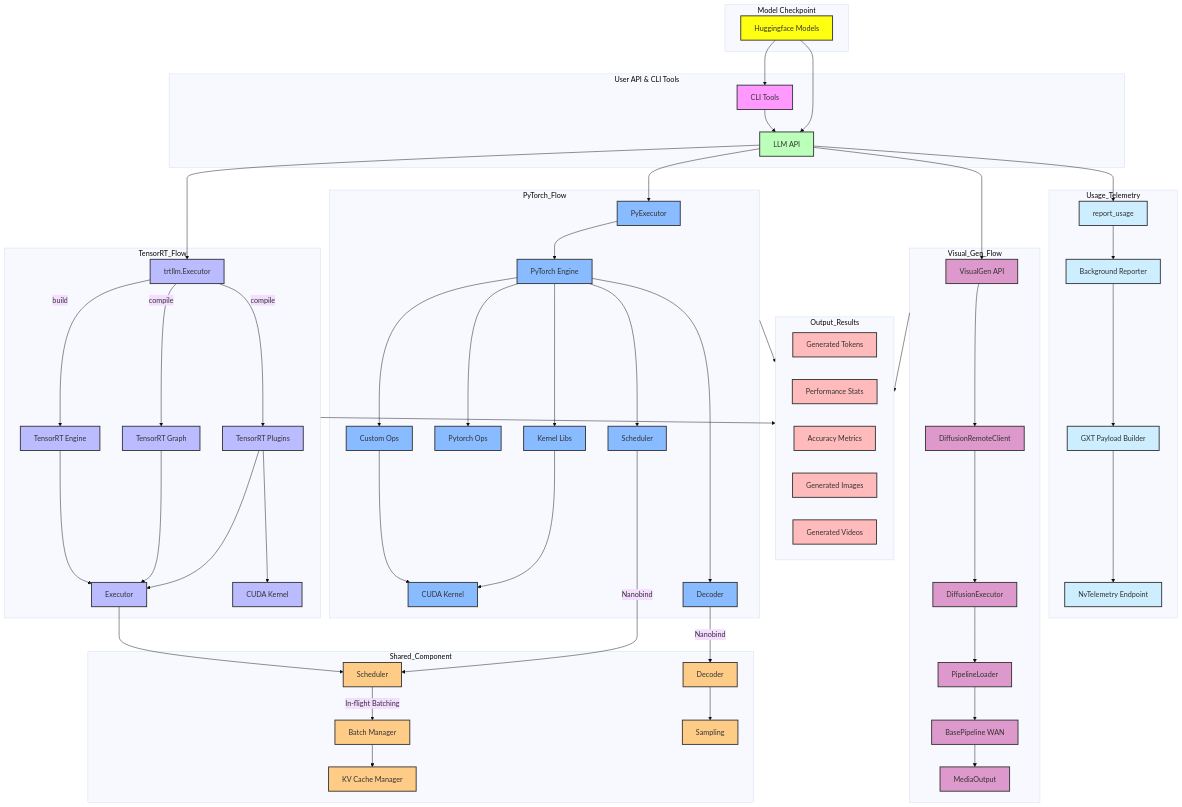
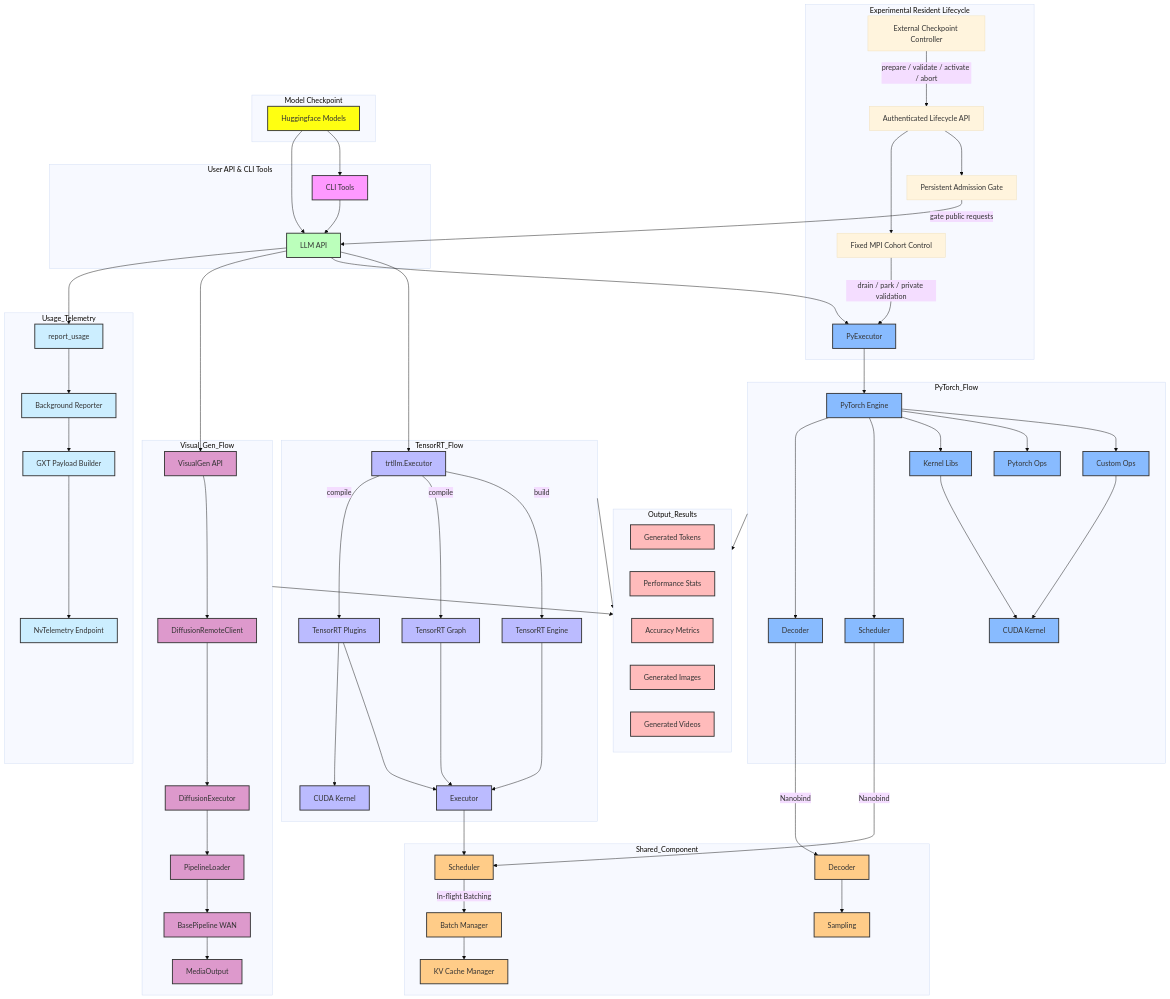
The diagram in .github/tava_architecture_diagram.md (NVIDIA/TensorRT-LLM), drawn with Mermaid (base theme) before and after one commit. The commit also changed 21 other files, not shown here.

Commit message:
[None][feat] Add experimental resident checkpoint lifecycle controls

```diff
--- a/.github/tava_architecture_diagram.md
+++ b/.github/tava_architecture_diagram.md
@@ -4,6 +4,18 @@
         CLI[CLI Tools]
         LLMAPI[LLM API]
         CLI --> LLMAPI
+    end
+
+    subgraph "Experimental Resident Lifecycle"
+        RestoreController[External Checkpoint Controller]
+        LifecycleAPI[Authenticated Lifecycle API]
+        AdmissionGate[Persistent Admission Gate]
+        RankControl[Fixed MPI Cohort Control]
+        RestoreController -->|prepare / validate / activate / abort| LifecycleAPI
+        LifecycleAPI --> AdmissionGate
+        LifecycleAPI --> RankControl
+        RankControl -->|drain / park / private validation| PyExecutor
+        AdmissionGate -->|gate public requests| LLMAPI
     end
 
     subgraph "Model Checkpoint"
```
